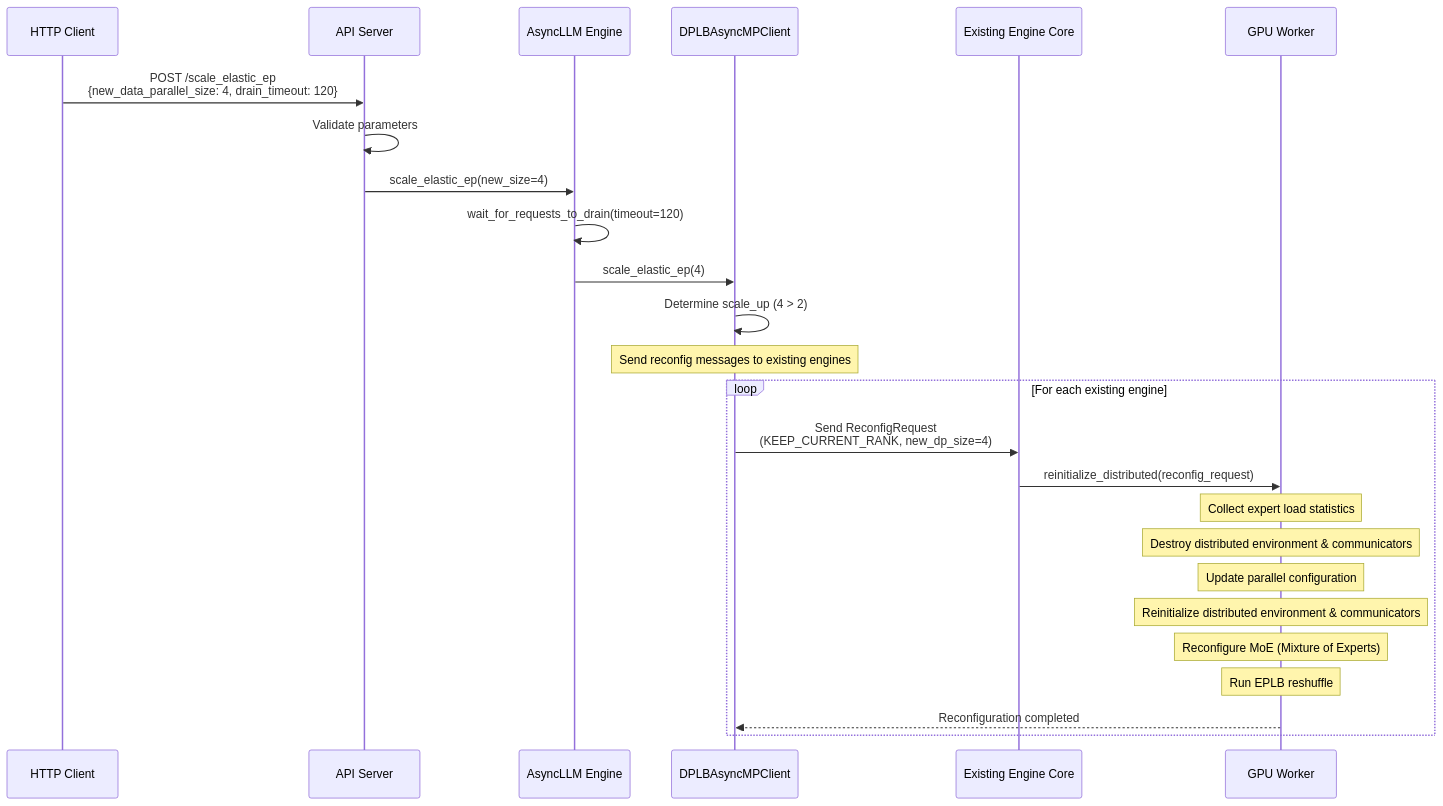
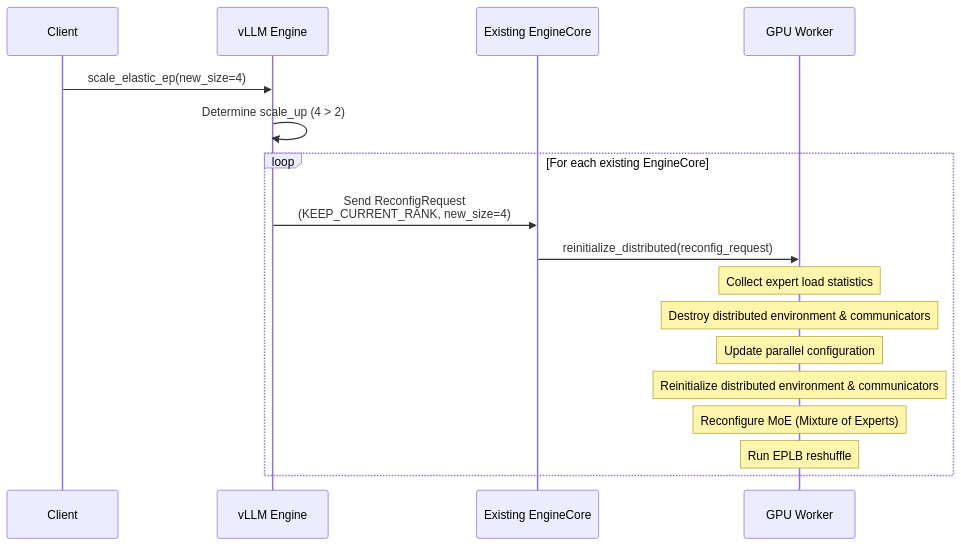
The diagram in detailed_scale_up_existing.md (ruisearch42/vllm), drawn with Mermaid before and after one commit. The commit also changed 5 other files, not shown here.

````diff
--- a/detailed_scale_up_existing.md
+++ b/detailed_scale_up_existing.md
@@ -5,39 +5,28 @@
 ```mermaid
 sequenceDiagram
-    participant Client as HTTP Client
-    participant API as API Server
-    participant AsyncLLM as AsyncLLM Engine
-    participant CoreClient as DPLBAsyncMPClient
-    participant ExistingEngine as Existing Engine Core
+    participant Client as Client
+    participant Engine as vLLM Engine
+    participant ExistingEngineCore as Existing EngineCore
     participant Worker as GPU Worker
-
-    Client->>API: POST /scale_elastic_ep<br/>{new_data_parallel_size: 4, drain_timeout: 120}
-    API->>API: Validate parameters
     
-    API->>AsyncLLM: scale_elastic_ep(new_size=4)
+    Client->>Engine: scale_elastic_ep(new_size=4)
+    Engine->>Engine: Determine scale_up (4 > 2)
     
-    AsyncLLM->>AsyncLLM: wait_for_requests_to_drain(timeout=120)
-    
-    AsyncLLM->>CoreClient: scale_elastic_ep(4)
-    CoreClient->>CoreClient: Determine scale_up (4 > 2)
-    
-    Note over CoreClient: Send reconfig messages to existing engines
-    loop For each existing engine
-        CoreClient->>ExistingEngine: Send ReconfigRequest<br/>(KEEP_CURRENT_RANK, new_dp_size=4)
-        ExistingEngine->>Worker: reinitialize_distributed(reconfig_request)
+    loop For each existing EngineCore
+        Engine->>ExistingEngineCore: Send ReconfigRequest<br/>(KEEP_CURRENT_RANK, new_size=4)
+        ExistingEngineCore->>Worker: reinitialize_distributed(reconfig_request)
         
         Note over Worker: Collect expert load statistics
         
         Note over Worker: Destroy distributed environment & communicators
         
         Note over Worker: Update parallel configuration
         
         Note over Worker: Reinitialize distributed environment & communicators
         
         Note over Worker: Reconfigure MoE (Mixture of Experts)
         
         Note over Worker: Run EPLB reshuffle
         
-        Worker-->>CoreClient: Reconfiguration completed
     end
 ```
````
